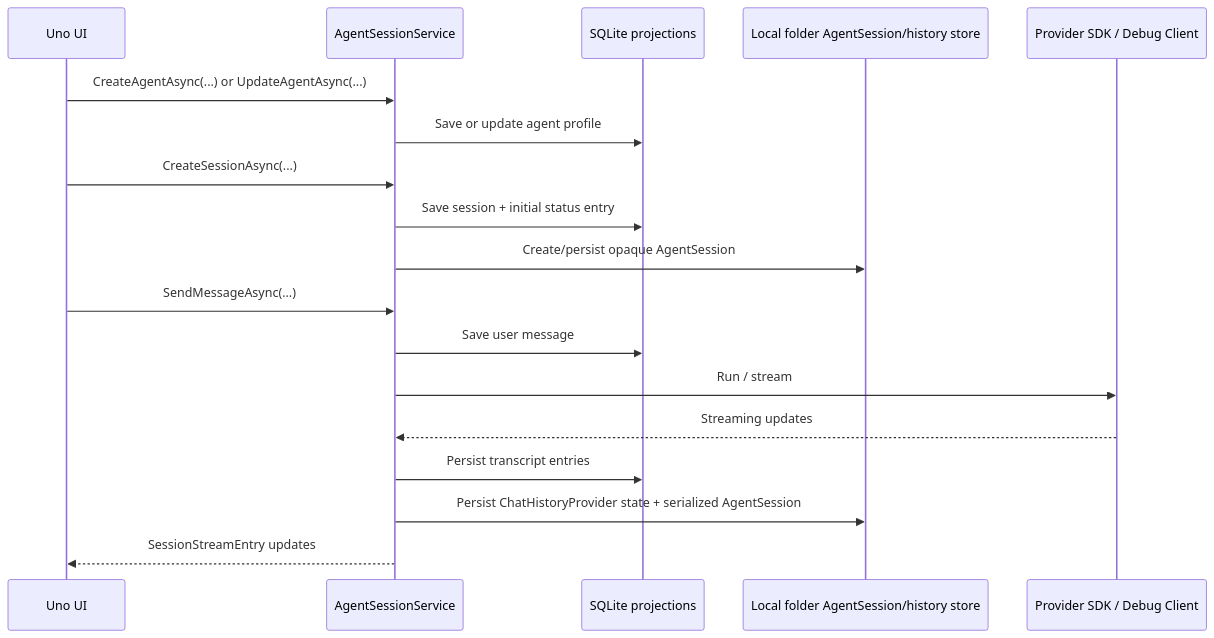
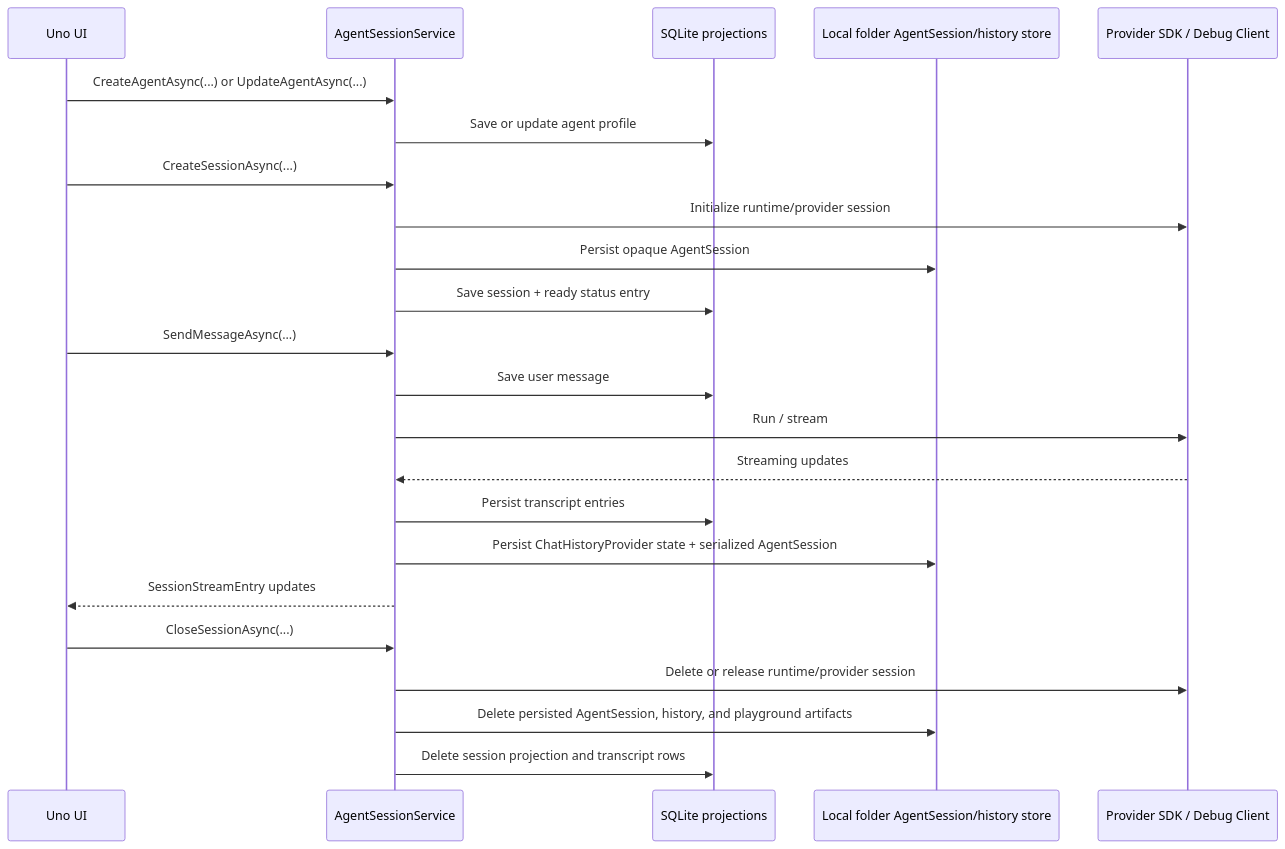
The fourth of 4 diagrams in docs/Architecture.md (managedcode/dotPilot), drawn with Mermaid before and after one commit. The commit also changed other lines of this file and 53 other files, not shown here.

````diff
--- a/docs/Architecture.md
+++ b/docs/Architecture.md
@@ -116,21 +120,26 @@
 ```mermaid
 sequenceDiagram
   participant UI as Uno UI
   participant Service as AgentSessionService
   participant DB as SQLite projections
   participant FS as Local folder AgentSession/history store
   participant Provider as Provider SDK / Debug Client
 
   UI->>Service: CreateAgentAsync(...) or UpdateAgentAsync(...)
   Service->>DB: Save or update agent profile
   UI->>Service: CreateSessionAsync(...)
-  Service->>DB: Save session + initial status entry
-  Service->>FS: Create/persist opaque AgentSession
+  Service->>Provider: Initialize runtime/provider session
+  Service->>FS: Persist opaque AgentSession
+  Service->>DB: Save session + ready status entry
   UI->>Service: SendMessageAsync(...)
   Service->>DB: Save user message
   Service->>Provider: Run / stream
   Provider-->>Service: Streaming updates
   Service->>DB: Persist transcript entries
   Service->>FS: Persist ChatHistoryProvider state + serialized AgentSession
   Service-->>UI: SessionStreamEntry updates
+  UI->>Service: CloseSessionAsync(...)
+  Service->>Provider: Delete or release runtime/provider session
+  Service->>FS: Delete persisted AgentSession, history, and playground artifacts
+  Service->>DB: Delete session projection and transcript rows
 ```
````
